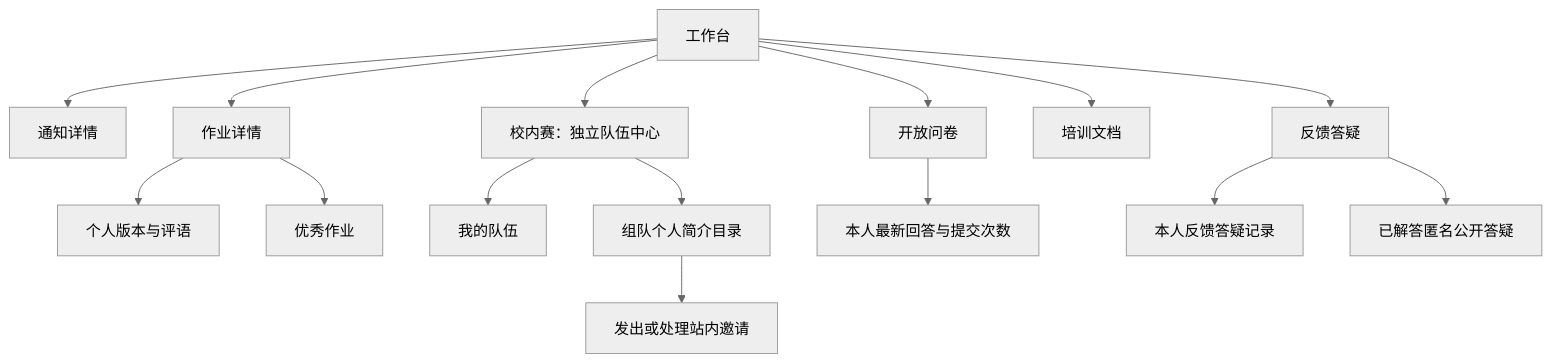
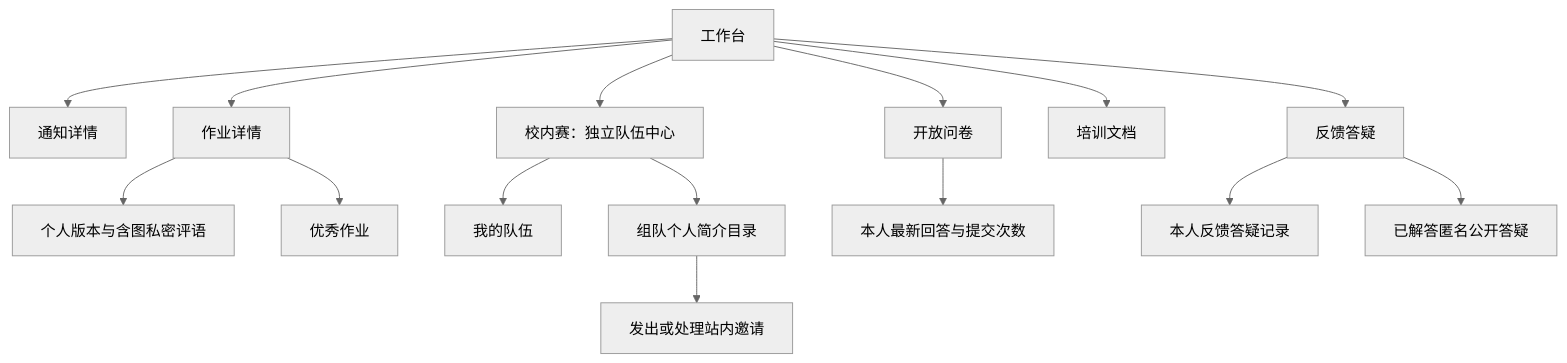
One commit to CosmosMount/homework_system changed the diagram in .agents/docs/02-information-architecture.md. Above: the diagram before and after it, drawn with Mermaid (neutral theme). The commit also changed other lines of this file and 22 other files, not shown here.

````diff
--- a/.agents/docs/02-information-architecture.md
+++ b/.agents/docs/02-information-architecture.md
@@ -78,17 +78,17 @@
 ```mermaid
 flowchart TD
     Dashboard[工作台] --> Announcement[通知详情]
     Dashboard --> Assignment[作业详情]
     Dashboard --> TeamCenter[校内赛：独立队伍中心]
     Dashboard --> Intention[开放问卷]
     Dashboard --> Knowledge[培训文档]
     Dashboard --> Help[反馈答疑]
-    Assignment --> Submission[个人版本与评语]
+    Assignment --> Submission[个人版本与含图私密评语]
     TeamCenter --> Team[我的队伍]
     Intention --> Response[本人最新回答与提交次数]
     TeamCenter --> Profiles[组队个人简介目录]
     Profiles --> Invitation[发出或处理站内邀请]
     Help --> HelpRequest[本人反馈答疑记录]
     Help --> PublicHelp[已解答匿名公开答疑]
     Assignment --> ExcellentWork[优秀作业]
 ```
````
